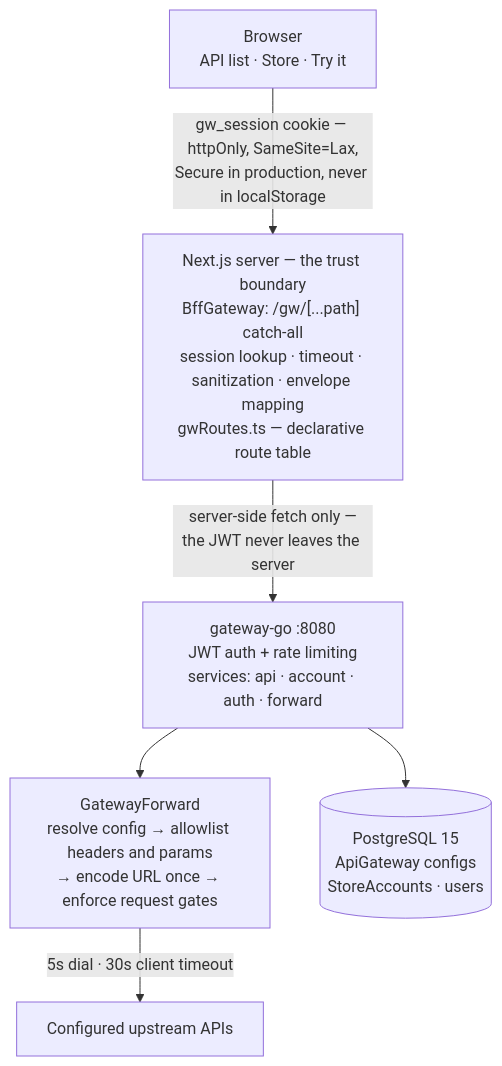
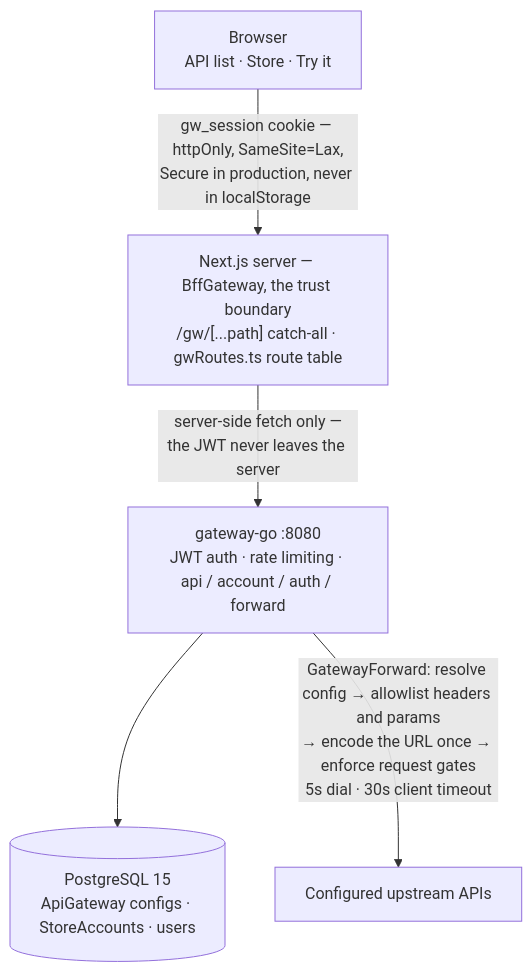
The diagram in the-gateway.md (mariobgsp/articles), drawn with Mermaid before and after one commit. The commit also changed other lines of this file and 11 other files, not shown here.

````diff
--- a/the-gateway.md
+++ b/the-gateway.md
@@ -76,19 +62,16 @@
 ```mermaid
 flowchart TD
   BR["Browser<br/>API list · Store · Try it"]
 
-  BFF["Next.js server — the trust boundary<br/>BffGateway: /gw/[...path] catch-all<br/>session lookup · timeout · sanitization · envelope mapping<br/>gwRoutes.ts — declarative route table"]
+  BFF["Next.js server — BffGateway, the trust boundary<br/>/gw/[...path] catch-all · gwRoutes.ts route table"]
 
-  GO["gateway-go :8080<br/>JWT auth + rate limiting<br/>services: api · account · auth · forward"]
+  GO["gateway-go :8080<br/>JWT auth · rate limiting · api / account / auth / forward"]
 
-  FWD["GatewayForward<br/>resolve config → allowlist headers and params<br/>→ encode URL once → enforce request gates"]
-
-  STORE[("PostgreSQL 15<br/>ApiGateway configs<br/>StoreAccounts · users")]
+  STORE[("PostgreSQL 15<br/>ApiGateway configs · StoreAccounts · users")]
   UP["Configured upstream APIs"]
 
   BR -->|"gw_session cookie — httpOnly, SameSite=Lax,<br/>Secure in production, never in localStorage"| BFF
   BFF -->|"server-side fetch only —<br/>the JWT never leaves the server"| GO
   GO --> STORE
-  GO --> FWD
-  FWD -->|"5s dial · 30s client timeout"| UP
+  GO -->|"GatewayForward: resolve config → allowlist headers and params<br/>→ encode the URL once → enforce request gates<br/>5s dial · 30s client timeout"| UP
 ```
````
